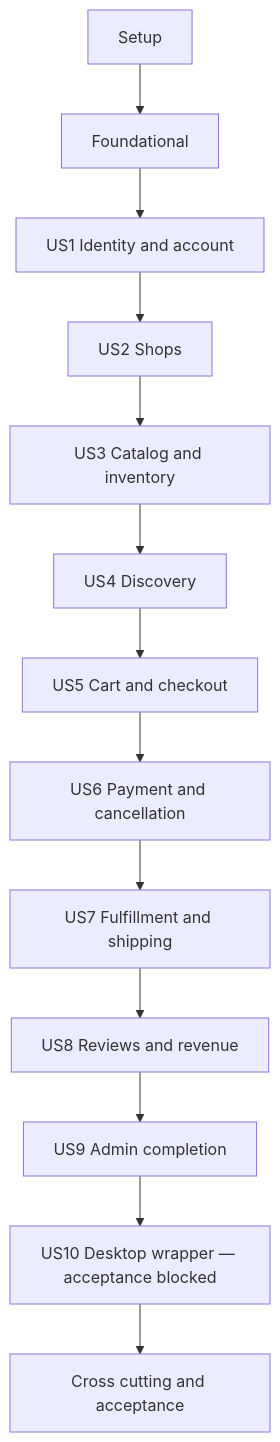
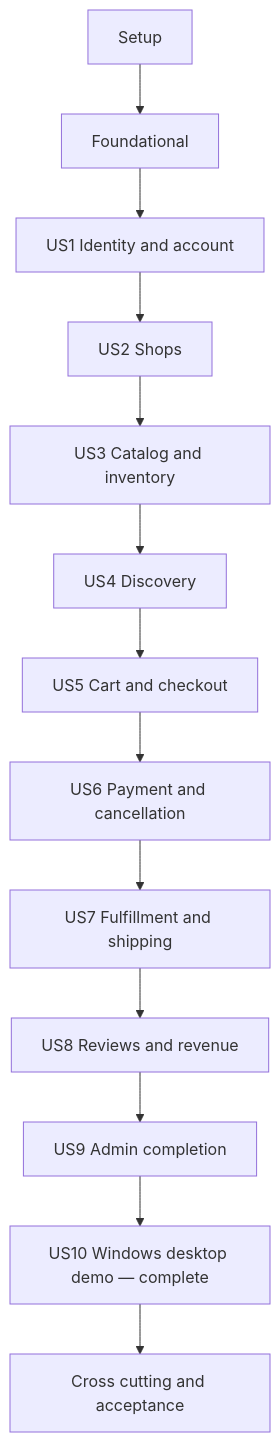
Before and after one commit to kietda623/do-an-cnpm: the diagram in specs/001-marketplace-mvp/tasks.md, drawn with Mermaid. The commit also changed other lines of this file and 21 other files, not shown here.

Commit message:
feat(desktop): scope buyer shell to Windows demo

````diff
--- a/specs/001-marketplace-mvp/tasks.md
+++ b/specs/001-marketplace-mvp/tasks.md
@@ -405,15 +403,15 @@
 ```mermaid
 flowchart TD
   S[Setup] --> F[Foundational]
   F --> U1[US1 Identity and account]
   U1 --> U2[US2 Shops]
   U2 --> U3[US3 Catalog and inventory]
   U3 --> U4[US4 Discovery]
   U4 --> U5[US5 Cart and checkout]
   U5 --> U6[US6 Payment and cancellation]
   U6 --> U7[US7 Fulfillment and shipping]
   U7 --> U8[US8 Reviews and revenue]
   U8 --> U9[US9 Admin completion]
-  U9 --> U10[US10 Desktop wrapper — acceptance blocked]
+  U9 --> U10[US10 Windows desktop demo — complete]
   U10 --> P[Cross cutting and acceptance]
 ```
````
